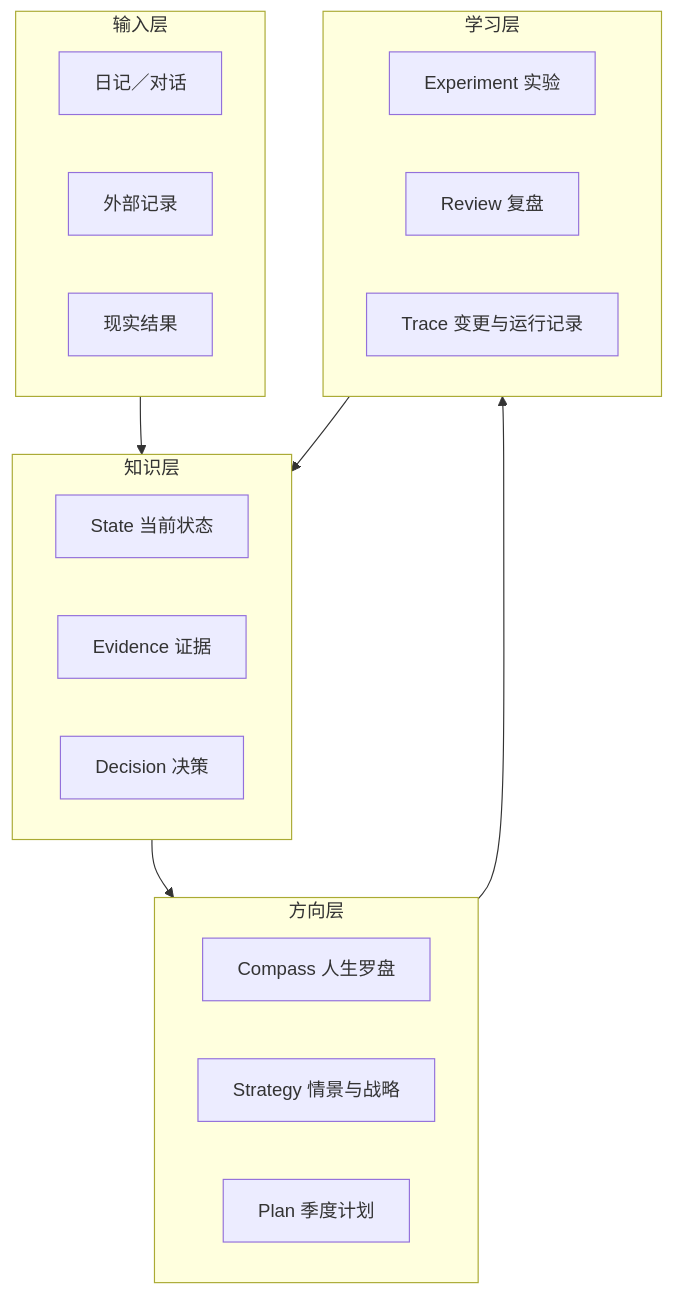
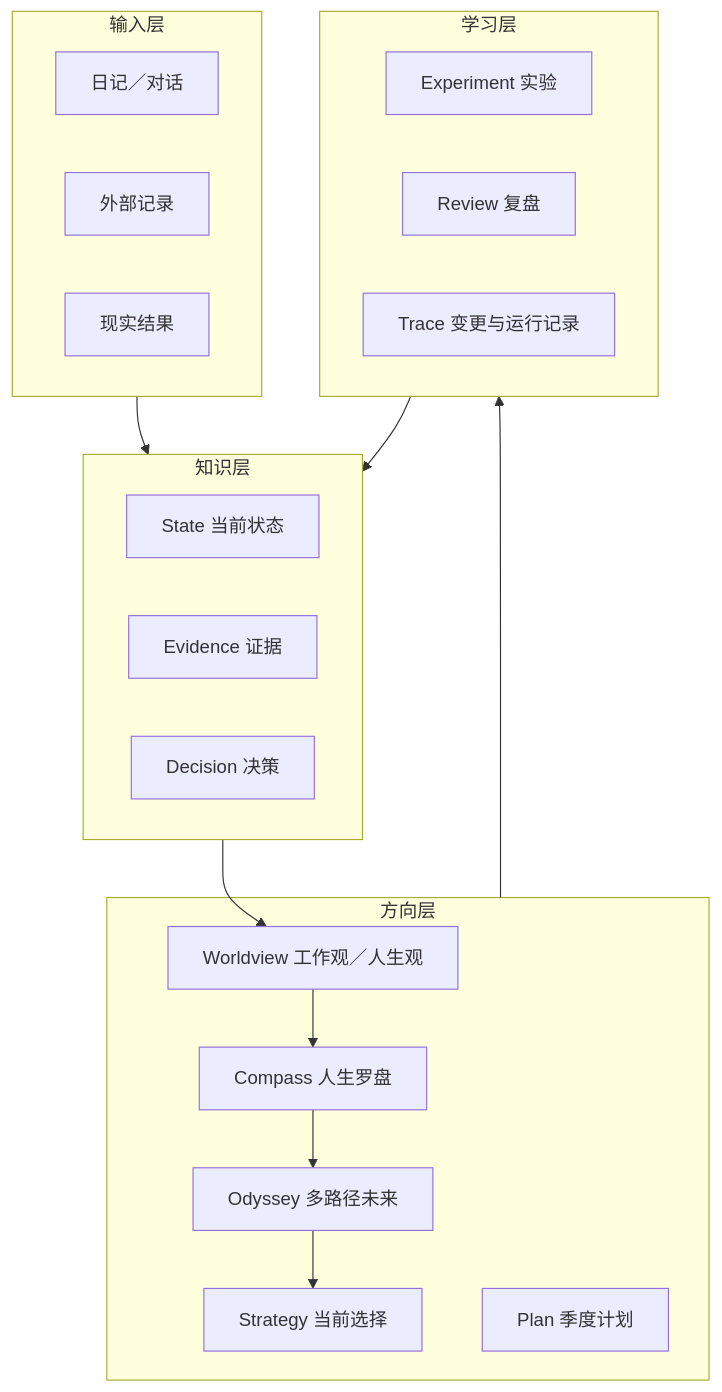
The diagram in docs/architecture.md (3956ray/Myself), drawn with Mermaid before and after one commit. The commit also changed other lines of this file and 30 other files, not shown here.

````diff
--- a/docs/architecture.md
+++ b/docs/architecture.md
@@ -14,27 +14,32 @@
 ```mermaid
 flowchart TB
     subgraph Input["输入层"]
       I1["日记／对话"]
       I2["外部记录"]
       I3["现实结果"]
     end
     subgraph Knowledge["知识层"]
       S["State 当前状态"]
       E["Evidence 证据"]
       D["Decision 决策"]
     end
     subgraph Direction["方向层"]
+      W["Worldview 工作观／人生观"]
       C["Compass 人生罗盘"]
-      G["Strategy 情景与战略"]
+      O["Odyssey 多路径未来"]
+      G["Strategy 当前选择"]
       P["Plan 季度计划"]
     end
     subgraph Learning["学习层"]
       X["Experiment 实验"]
       R["Review 复盘"]
       T["Trace 变更与运行记录"]
     end
     Input --> Knowledge
-    Knowledge --> Direction
+    Knowledge --> W
+    W --> C
+    C --> O
+    O --> G
     Direction --> Learning
     Learning --> Knowledge
 ```
````
